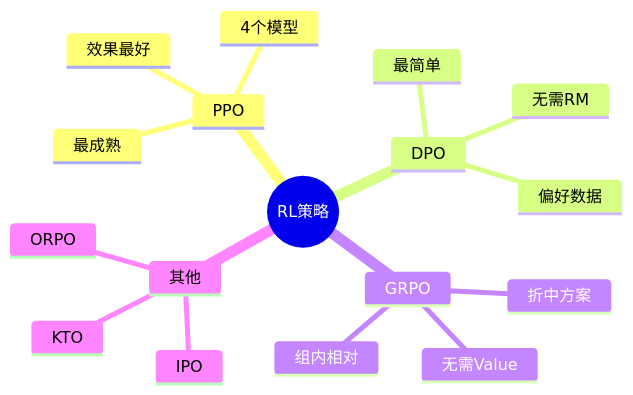
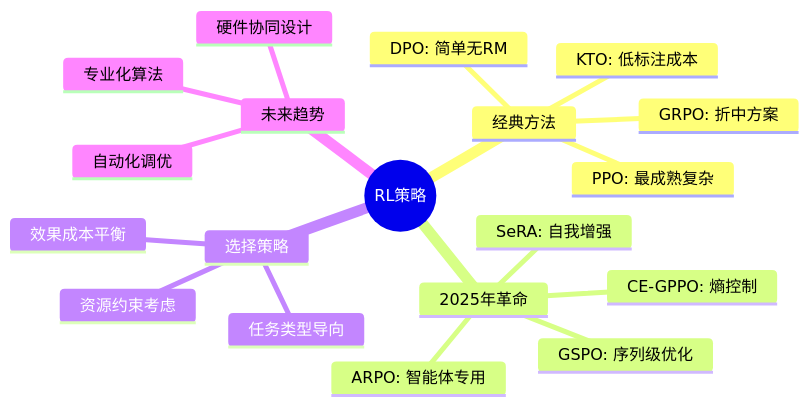
Diagram 15 of 15 in learning/website/docs/basics/11.5-rl-strategies.md (Xunzhuo/mini-sglang), drawn with Mermaid before and after one commit. The commit also changed other lines of this file and 7 other files, not shown here.

````diff
--- a/learning/website/docs/basics/11.5-rl-strategies.md
+++ b/learning/website/docs/basics/11.5-rl-strategies.md
@@ -311,20 +437,22 @@
 ```mermaid
 mindmap
   root((RL策略))
-    PPO
-      最成熟
-      4个模型
-      效果最好
-    DPO
-      最简单
-      无需RM
-      偏好数据
-    GRPO
-      折中方案
-      无需Value
-      组内相对
-    其他
-      IPO
-      KTO
-      ORPO
+    经典方法
+      PPO: 最成熟复杂
+      DPO: 简单无RM
+      GRPO: 折中方案
+      KTO: 低标注成本
+    2025年革命
+      CE-GPPO: 熵控制
+      GSPO: 序列级优化
+      ARPO: 智能体专用
+      SeRA: 自我增强
+    选择策略
+      任务类型导向
+      资源约束考虑
+      效果成本平衡
+    未来趋势
+      专业化算法
+      硬件协同设计
+      自动化调优
 ```
````
